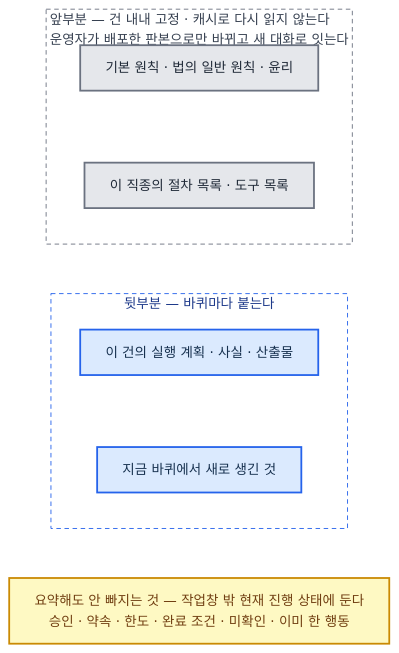
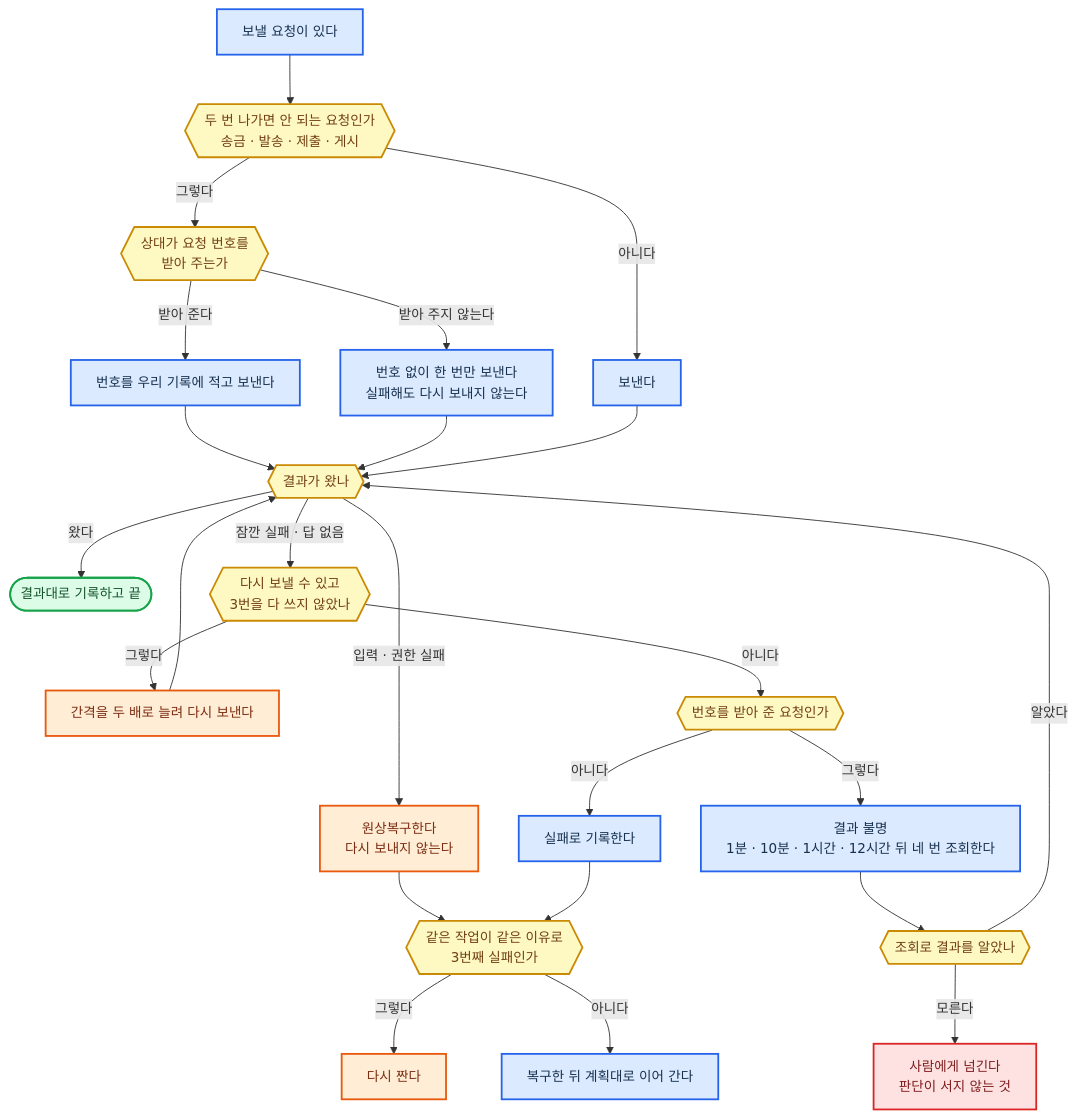
One commit to harisbaguette/expert changed the first of 26 diagrams in 전문가 에이전트 정의 2.md. Above: the diagram before and after it, drawn with Mermaid. The commit also changed other lines of this file and 7 other files, not shown here.

````diff
--- a/전문가 에이전트 정의 2.md
+++ b/전문가 에이전트 정의 2.md
@@ -76,24 +103,49 @@
 ```mermaid
 %%{init: {"flowchart": {"wrappingWidth": 640, "curve": "basis", "nodeSpacing": 45, "rankSpacing": 55, "padding": 14, "useMaxWidth": true}, "themeVariables": {"fontSize": "15px"}} }%%
 flowchart TB
-    subgraph FIX["앞부분 — 건 내내 고정 · 캐시로 다시 읽지 않는다<br/>운영자가 배포한 판본으로만 바뀌고 새 대화로 잇는다"]
-        direction TB
-        B1["기본 원칙 · 법의 일반 원칙 · 윤리"]:::store
-        B2["이 직종의 절차 목록 · 도구 목록"]:::store
-        B1 ~~~ B2
-    end
-    subgraph VAR["뒷부분 — 바퀴마다 붙는다"]
-        direction TB
-        B3["이 건의 실행 계획 · 사실 · 산출물"]:::main
-        B4["지금 바퀴에서 새로 생긴 것"]:::main
-        B3 ~~~ B4
-    end
-    KEEP["요약해도 안 빠지는 것 — 작업창 밖 현재 진행 상태에 둔다<br/>승인 · 약속 · 한도 · 완료 조건 · 미확인 · 이미 한 행동"]:::note
-    FIX ~~~ VAR
-    VAR ~~~ KEEP
-    classDef store fill:#e5e7eb,stroke:#6b7280,stroke-width:2px,color:#1f2937
+    ST["보낼 요청이 있다"]:::main
+    S0{{"두 번 나가면 안 되는 요청인가<br/>송금 · 발송 · 제출 · 게시"}}:::note
+    N{{"상대가 요청 번호를<br/>받아 주는가"}}:::note
+    S1["번호를 우리 기록에 적고 보낸다"]:::main
+    S2["번호 없이 한 번만 보낸다<br/>실패해도 다시 보내지 않는다"]:::main
+    S3["보낸다"]:::main
+    Q1{{"결과가 왔나"}}:::note
+    OK(["결과대로 기록하고 끝"]):::good
+    FIX["원상복구한다<br/>다시 보내지 않는다"]:::back
+    Q3{{"다시 보낼 수 있고<br/>3번을 다 쓰지 않았나"}}:::note
+    RT["간격을 두 배로 늘려 다시 보낸다"]:::back
+    Q4{{"번호를 받아 준 요청인가"}}:::note
+    UNK["결과 불명<br/>1분 · 10분 · 1시간 · 12시간 뒤 네 번 조회한다"]:::main
+    Q5{{"조회로 결과를 알았나"}}:::note
+    H["사람에게 넘긴다<br/>판단이 서지 않는 것"]:::stop
+    F["실패로 기록한다"]:::main
+    C{{"같은 작업이 같은 이유로<br/>3번째 실패인가"}}:::note
+    RE["다시 짠다"]:::back
+    K["복구한 뒤 계획대로 이어 간다"]:::main
+    ST --> S0
+    S0 -- "그렇다" --> N
+    S0 -- "아니다" --> S3
+    N -- "받아 준다" --> S1
+    N -- "받아 주지 않는다" --> S2
+    S1 --> Q1
+    S2 --> Q1
+    S3 --> Q1
+    Q1 -- "왔다" --> OK
+    Q1 -- "입력 · 권한 실패" --> FIX
+    Q1 -- "잠깐 실패 · 답 없음" --> Q3
+    Q3 -- "그렇다" --> RT --> Q1
+    Q3 -- "아니다" --> Q4
+    Q4 -- "그렇다" --> UNK --> Q5
+    Q4 -- "아니다" --> F
+    Q5 -- "알았다" --> Q1
+    Q5 -- "모른다" --> H
+    FIX --> C
+    F --> C
+    C -- "그렇다" --> RE
+    C -- "아니다" --> K
     classDef main fill:#dbeafe,stroke:#2563eb,stroke-width:2px,color:#17314f
     classDef note fill:#fef9c3,stroke:#ca8a04,stroke-width:2px,color:#713f12
-    style FIX fill:none,stroke:#6b7280,stroke-width:1px,stroke-dasharray:5 4,color:#374151
-    style VAR fill:none,stroke:#2563eb,stroke-width:1px,stroke-dasharray:5 4,color:#1e3a8a
+    classDef stop fill:#fee2e2,stroke:#dc2626,stroke-width:2px,color:#7f1d1d
+    classDef back fill:#ffedd5,stroke:#ea580c,stroke-width:2px,color:#7c2d12
+    classDef good fill:#dcfce7,stroke:#16a34a,stroke-width:2px,color:#14532d
 ```
````
